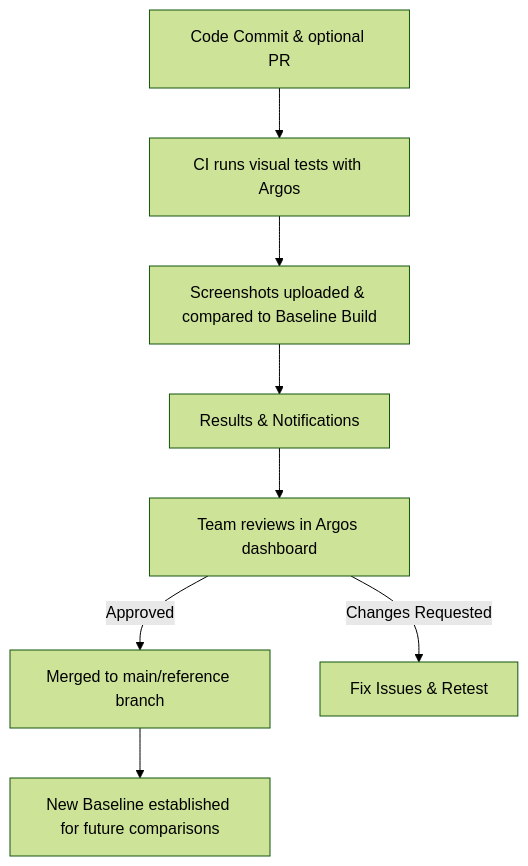
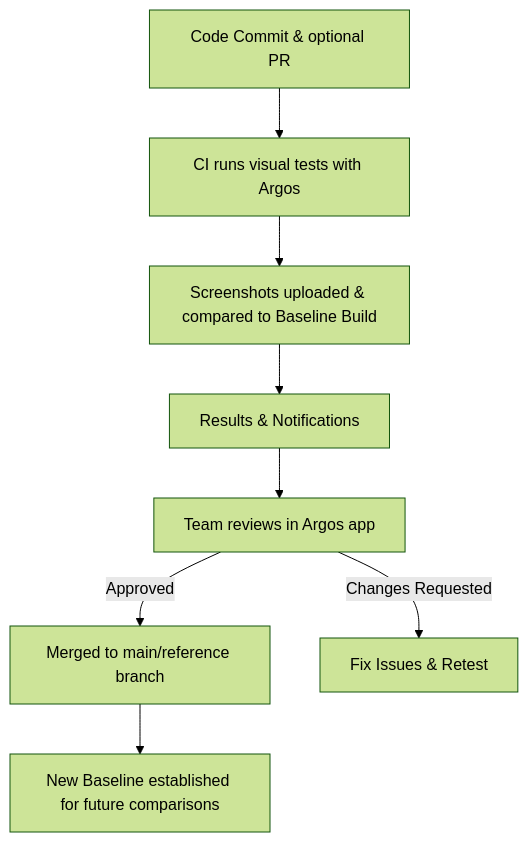
Before and after one commit to argos-ci/docs: the first of 2 diagrams in docs/guides/monitoring-mode.mdx, drawn with Mermaid (forest theme). The commit also changed other lines of this file and 1 other file, not shown here.

````diff
--- a/docs/guides/monitoring-mode.mdx
+++ b/docs/guides/monitoring-mode.mdx
@@ -50,10 +57,10 @@
 ```mermaid
 graph TD;
   A[Code Commit & optional PR] --> B[CI runs visual tests with Argos];
   B --> C[Screenshots uploaded & compared to Baseline Build];
   C --> D[Results & Notifications];
-  D --> E[Team reviews in Argos dashboard];
+  D --> E[Team reviews in Argos app];
   E -->|Approved| F[Merged to main/reference branch];
   E -->|Changes Requested| G[Fix Issues & Retest];
   F --> H[New Baseline established for future comparisons];
 ```
````
